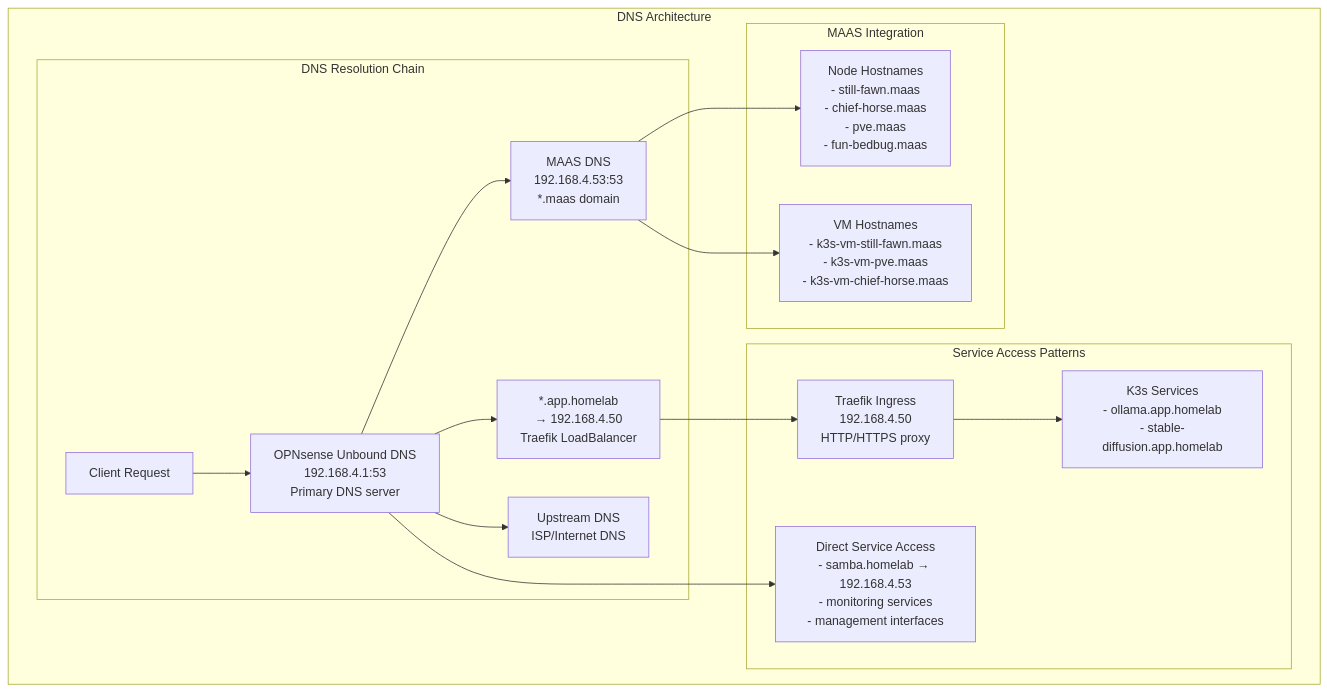
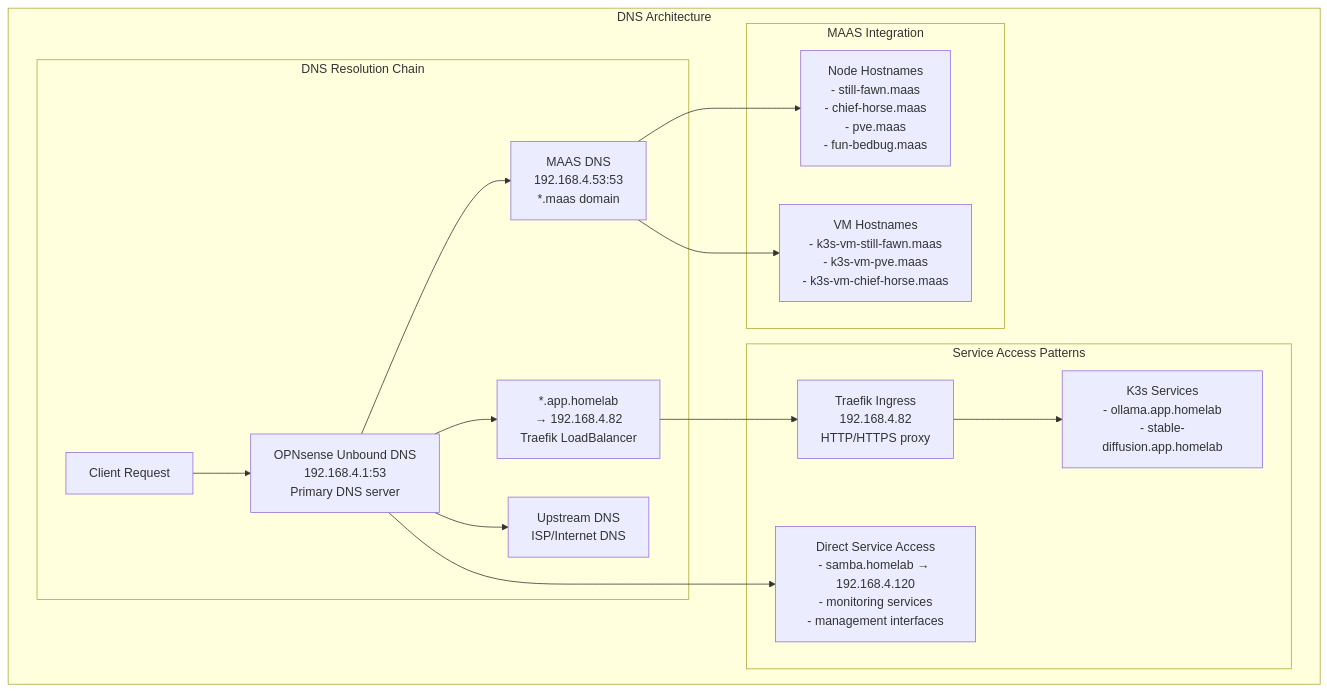
One commit to homeiac/home changed the fifth of 5 diagrams in docs/source/md/proxmox-infrastructure-guide.md. Above: the diagram before and after it, drawn with Mermaid. The commit also changed other lines of this file and 2 other files, not shown here.

Commit message:
Update Samba configuration and network documentation
- Remove sambauser from valid users (UID conflict with nobody)
- Add gshiva to valid users for secure share access
- Update MetalLB pool documentation: 192.168.4.50-70 → 192.168.4.80-120
- Update Traefik IP in docs: 192.168.4.50 → 192.168.4.82
- Update Samba IP in docs: 192.168.4.53 → 192.168.4.120
- Update Mermaid diagrams to reflect current network configuration

fixes #95

🤖 Generated with [Claude Code](https://claude.ai/code)

````diff
--- a/docs/source/md/proxmox-infrastructure-guide.md
+++ b/docs/source/md/proxmox-infrastructure-guide.md
@@ -344,25 +344,25 @@
 ```mermaid
 graph TB
     subgraph "DNS Architecture"
         client[Client Request]
         
         subgraph "DNS Resolution Chain"
             client --> opnsense_dns[OPNsense Unbound DNS<br/>192.168.4.1:53<br/>Primary DNS server]
-            opnsense_dns --> wildcard[*.app.homelab<br/>→ 192.168.4.50<br/>Traefik LoadBalancer]
+            opnsense_dns --> wildcard[*.app.homelab<br/>→ 192.168.4.82<br/>Traefik LoadBalancer]
             opnsense_dns --> maas_dns[MAAS DNS<br/>192.168.4.53:53<br/>*.maas domain]
             opnsense_dns --> upstream[Upstream DNS<br/>ISP/Internet DNS]
         end
         
         subgraph "Service Access Patterns"
-            wildcard --> traefik[Traefik Ingress<br/>192.168.4.50<br/>HTTP/HTTPS proxy]
+            wildcard --> traefik[Traefik Ingress<br/>192.168.4.82<br/>HTTP/HTTPS proxy]
             traefik --> k3s_services[K3s Services<br/>- ollama.app.homelab<br/>- stable-diffusion.app.homelab]
             
-            opnsense_dns --> direct_services[Direct Service Access<br/>- samba.homelab → 192.168.4.53<br/>- monitoring services<br/>- management interfaces]
+            opnsense_dns --> direct_services[Direct Service Access<br/>- samba.homelab → 192.168.4.120<br/>- monitoring services<br/>- management interfaces]
         end
         
         subgraph "MAAS Integration"
             maas_dns --> node_hostnames[Node Hostnames<br/>- still-fawn.maas<br/>- chief-horse.maas<br/>- pve.maas<br/>- fun-bedbug.maas]
             maas_dns --> vm_hostnames[VM Hostnames<br/>- k3s-vm-still-fawn.maas<br/>- k3s-vm-pve.maas<br/>- k3s-vm-chief-horse.maas]
         end
     end
 ```
````
